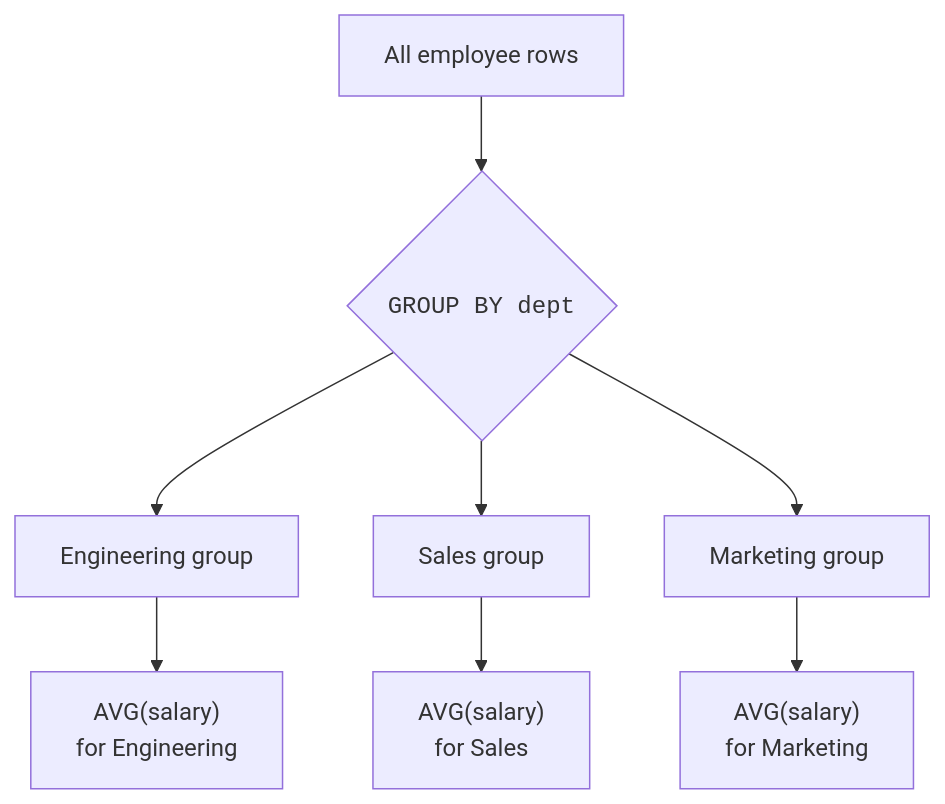
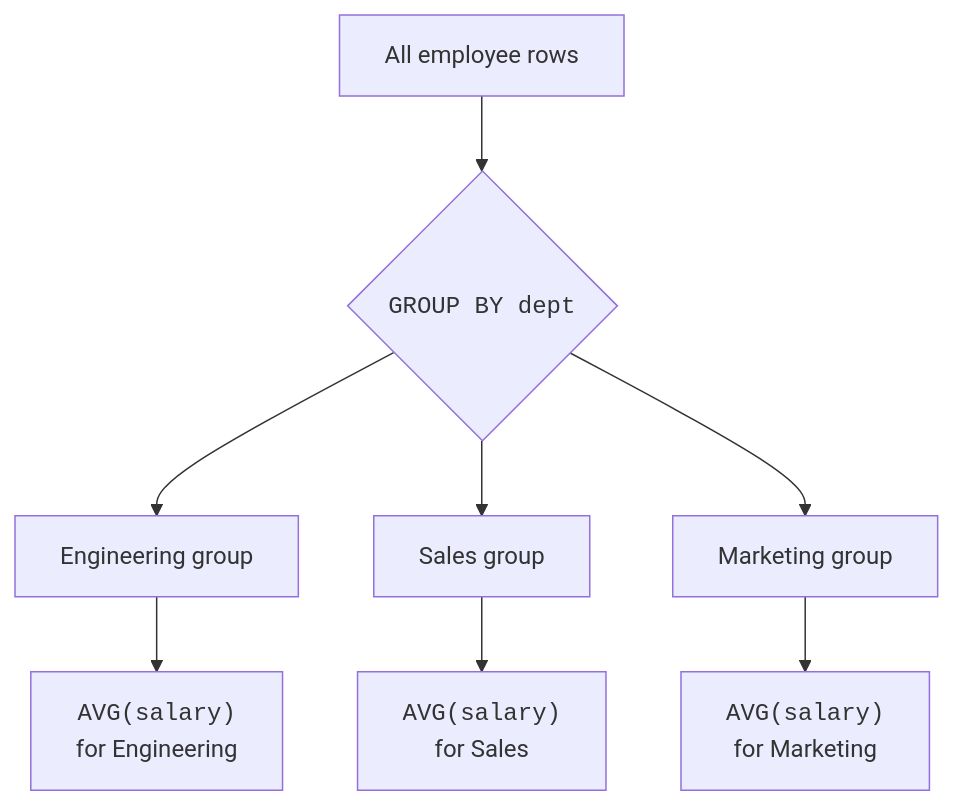
The first of 5 diagrams in content/courses/sqlite-for-beginners/grouping-data.mdx (dataslope/dataslope), drawn with Mermaid before and after one commit. The commit also changed other lines of this file and 283 other files, not shown here.

First line of the commit message:
Diagrams as elements, not characters: fix the box model, sweep the corpus, and make syntax breakdowns a convention (#652)

````diff
--- a/content/courses/sqlite-for-beginners/grouping-data.mdx
+++ b/content/courses/sqlite-for-beginners/grouping-data.mdx
@@ -30,10 +30,10 @@
 ```mermaid
 flowchart TB
     Rows["All employee rows"] --> Group{"<code>GROUP BY dept</code>"}
     Group --> Eng["Engineering group"]
     Group --> Sales["Sales group"]
     Group --> Mkt["Marketing group"]
-    Eng --> EngAvg["AVG(salary)<br/>for Engineering"]
-    Sales --> SalesAvg["AVG(salary)<br/>for Sales"]
-    Mkt --> MktAvg["AVG(salary)<br/>for Marketing"]
+    Eng --> EngAvg["<code>AVG(salary)</code><br/>for Engineering"]
+    Sales --> SalesAvg["<code>AVG(salary)</code><br/>for Sales"]
+    Mkt --> MktAvg["<code>AVG(salary)</code><br/>for Marketing"]
 ```
````
